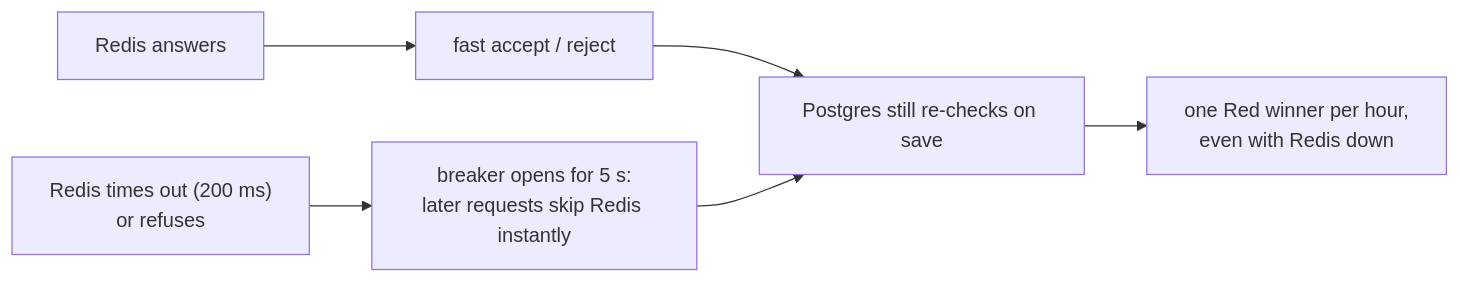
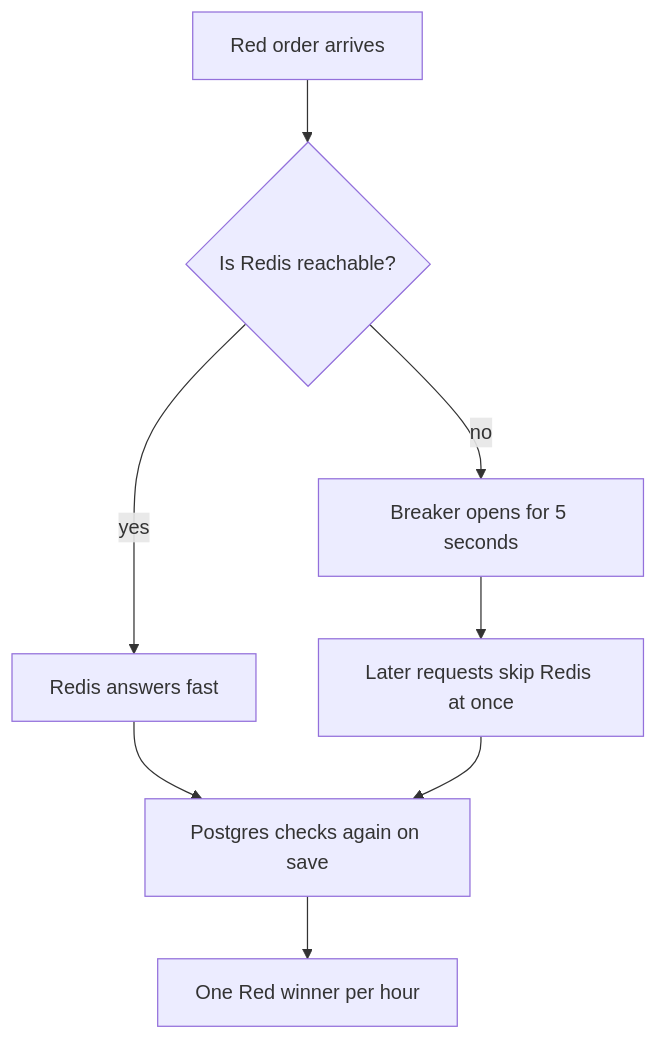
One commit to Comnarin/Code-homework changed the fourth of 4 diagrams in README.md. Above: the diagram before and after it, drawn with Mermaid. The commit also changed other lines of this file, not shown here.

Commit message:
docs: simplify the Redis-failure diagrams so GitHub renders them

````diff
--- a/README.md
+++ b/README.md
@@ -180,6 +180,10 @@
 ```mermaid
-flowchart LR
-    R1["Redis answers"] --> OK["fast accept / reject"] --> S["Postgres still re-checks on save"]
-    R2["Redis times out (200 ms)<br/>or refuses"] --> BR["breaker opens for 5 s:<br/>later requests skip Redis instantly"] --> S
-    S --> W["one Red winner per hour,<br/>even with Redis down"]
+flowchart TD
+    A[Red order arrives] --> B{Is Redis reachable?}
+    B -->|yes| C[Redis answers fast]
+    B -->|no| D[Breaker opens for 5 seconds]
+    D --> E[Later requests skip Redis at once]
+    C --> F[Postgres checks again on save]
+    E --> F
+    F --> G[One Red winner per hour]
 ```
````
